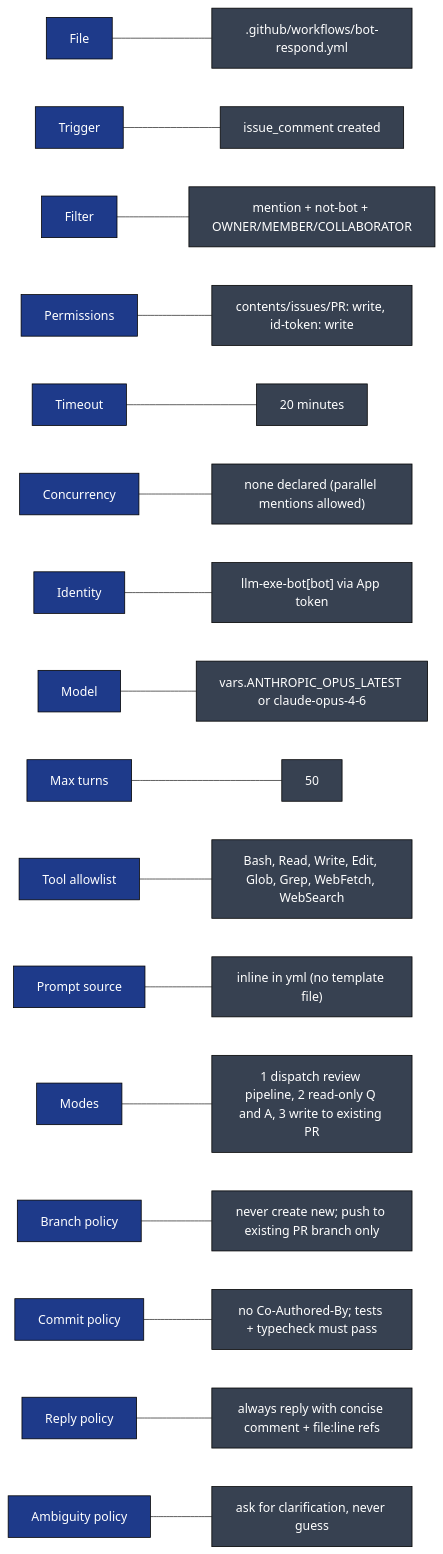
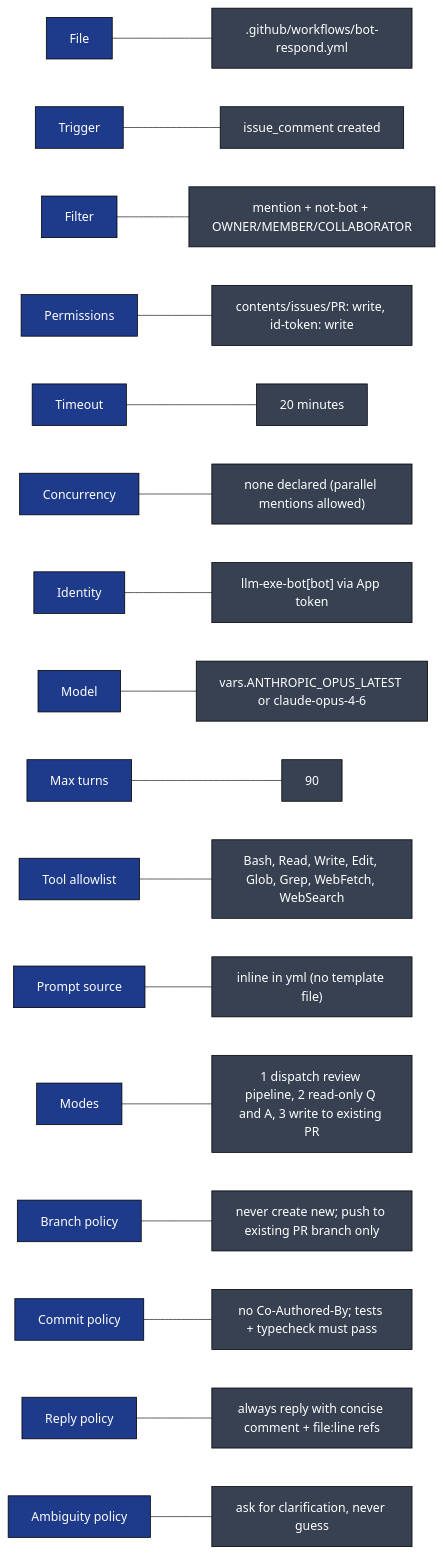
Before and after one commit to llm-exe/llm-exe: diagram 13 of 13 in .github/docs/BOT_RESPOND_DEEP_DIVE.md, drawn with Mermaid. The commit also changed other lines of this file and 2 other files, not shown here.

First line of the commit message:
docs: sync bot-respond deep dive after max-turns bump to 90

````diff
--- a/.github/docs/BOT_RESPOND_DEEP_DIVE.md
+++ b/.github/docs/BOT_RESPOND_DEEP_DIVE.md
@@ -573,22 +573,22 @@
 ```mermaid
 flowchart LR
     classDef k fill:#1e3a8a,color:#fff,stroke:#000
     classDef v fill:#374151,color:#fff,stroke:#000
 
     K1["File"]:::k --- V1[".github/workflows/bot-respond.yml"]:::v
     K2["Trigger"]:::k --- V2["issue_comment created"]:::v
     K3["Filter"]:::k --- V3["mention + not-bot + OWNER/MEMBER/COLLABORATOR"]:::v
     K4["Permissions"]:::k --- V4["contents/issues/PR: write, id-token: write"]:::v
     K5["Timeout"]:::k --- V5["20 minutes"]:::v
     K6["Concurrency"]:::k --- V6["none declared (parallel mentions allowed)"]:::v
     K7["Identity"]:::k --- V7["llm-exe-bot[bot] via App token"]:::v
     K8["Model"]:::k --- V8["vars.ANTHROPIC_OPUS_LATEST or claude-opus-4-6"]:::v
-    K9["Max turns"]:::k --- V9["50"]:::v
+    K9["Max turns"]:::k --- V9["90"]:::v
     K10["Tool allowlist"]:::k --- V10["Bash, Read, Write, Edit, Glob, Grep, WebFetch, WebSearch"]:::v
     K11["Prompt source"]:::k --- V11["inline in yml (no template file)"]:::v
     K12["Modes"]:::k --- V12["1 dispatch review pipeline, 2 read-only Q and A, 3 write to existing PR"]:::v
     K13["Branch policy"]:::k --- V13["never create new; push to existing PR branch only"]:::v
     K14["Commit policy"]:::k --- V14["no Co-Authored-By; tests + typecheck must pass"]:::v
     K15["Reply policy"]:::k --- V15["always reply with concise comment + file:line refs"]:::v
     K16["Ambiguity policy"]:::k --- V16["ask for clarification, never guess"]:::v
 ```
````
